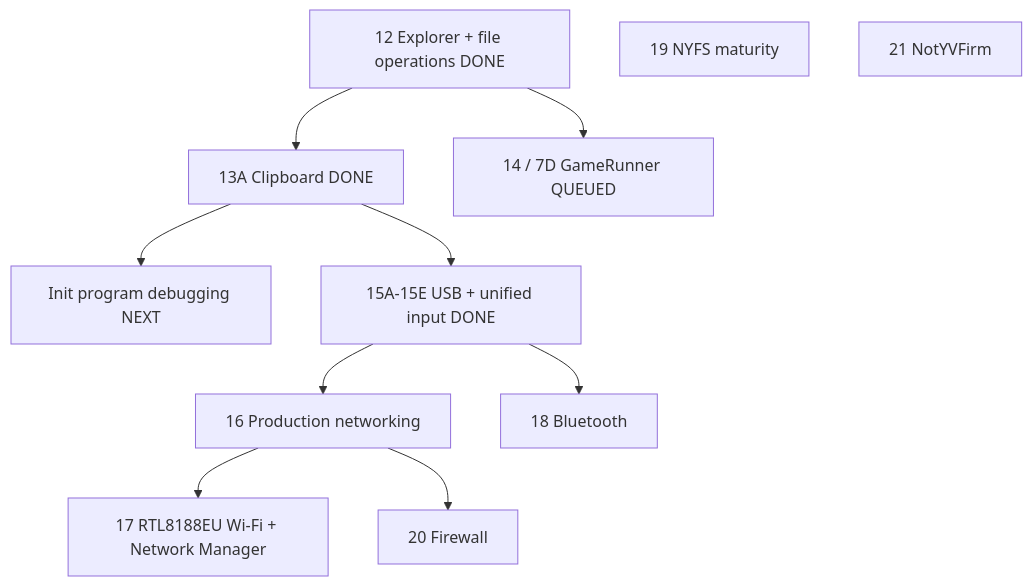
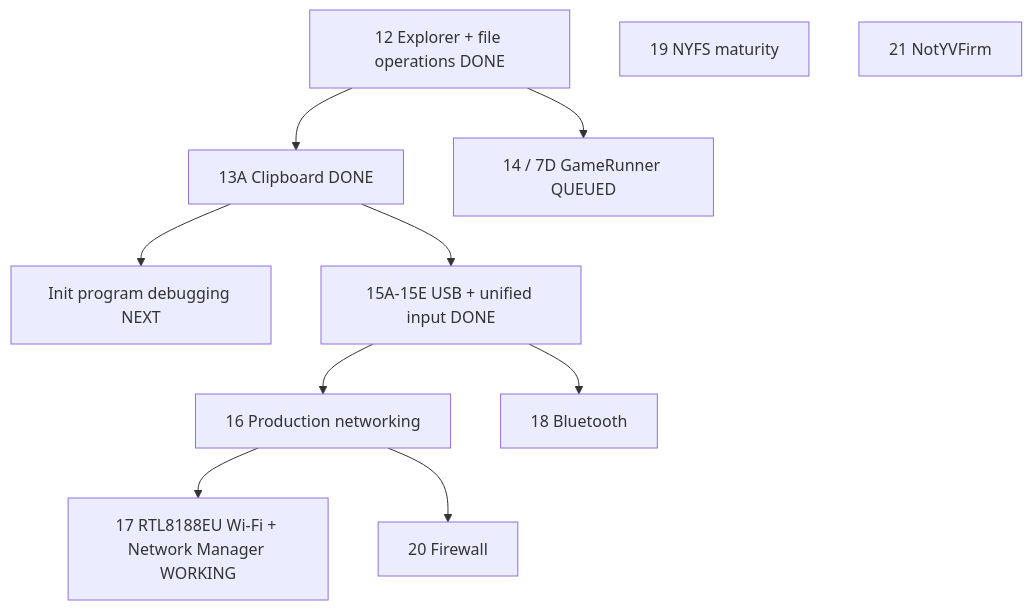
One commit to NotY215/NotYVOS changed diagram 47 of 48 in docs/data flow.md. Above: the diagram before and after it, drawn with Mermaid.

Commit message:
docs: make Phase 17 the active milestone

````diff
--- a/docs/data flow.md
+++ b/docs/data flow.md
@@ -760,13 +760,13 @@
 ```mermaid
 flowchart TD
     P12[12 Explorer + file operations DONE] --> P13A[13A Clipboard DONE]
     P12 --> P14[14 / 7D GameRunner QUEUED]
     P13A --> INIT[Init program debugging NEXT]
     P13A --> P15[15A-15E USB + unified input DONE]
     P15 --> P16[16 Production networking]
-    P16 --> P17[17 RTL8188EU Wi-Fi + Network Manager]
+    P16 --> P17[17 RTL8188EU Wi-Fi + Network Manager WORKING]
     P15 --> P18[18 Bluetooth]
     P16 --> P20[20 Firewall]
     P19[19 NYFS maturity]
     P21[21 NotYVFirm]
 ```
````
